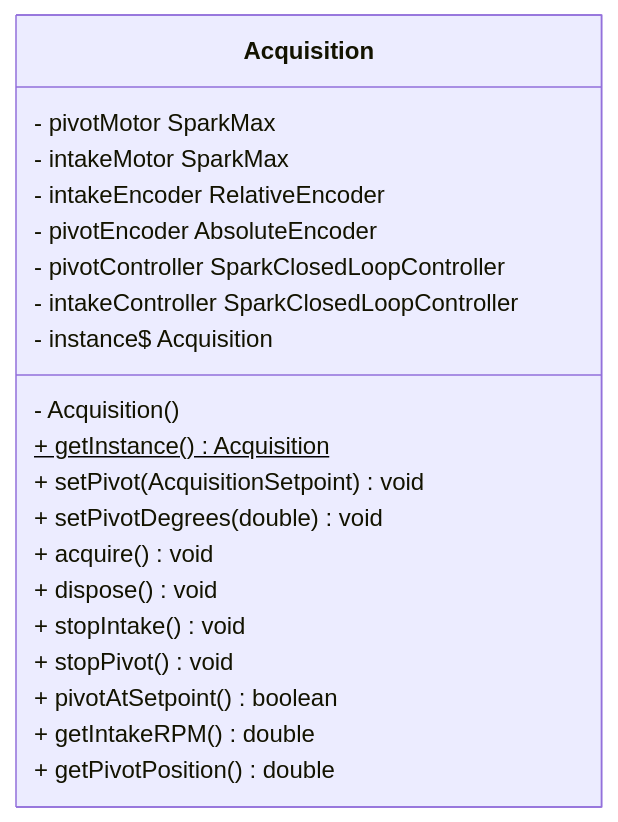
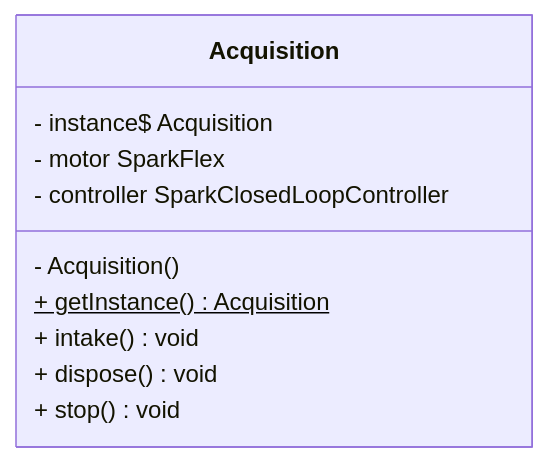
Before and after one commit to LakotaRobotics1038/2026RobotProject: the diagram in src/uml/frc/robot/subsystems/Acquisition.mmd, drawn with Mermaid. The commit also changed 15 other files, not shown here.

Commit message:
Update UML

```diff
--- a/src/uml/frc/robot/subsystems/Acquisition.mmd
+++ b/src/uml/frc/robot/subsystems/Acquisition.mmd
@@ -1,23 +1,13 @@
 classDiagram
   direction LR
 
   class Acquisition {
-    - pivotMotor SparkMax
-    - intakeMotor SparkMax
-    - intakeEncoder RelativeEncoder
-    - pivotEncoder AbsoluteEncoder
-    - pivotController SparkClosedLoopController
-    - intakeController SparkClosedLoopController
     - instance$ Acquisition
+    - motor SparkFlex
+    - controller SparkClosedLoopController
     - Acquisition()
     + getInstance()$ Acquisition
-    + setPivot(AcquisitionSetpoint) void
-    + setPivotDegrees(double) void
-    + acquire() void
+    + intake() void
     + dispose() void
-    + stopIntake() void
-    + stopPivot() void
-    + pivotAtSetpoint() boolean
-    + getIntakeRPM() double
-    + getPivotPosition() double
+    + stop() void
   }
```
